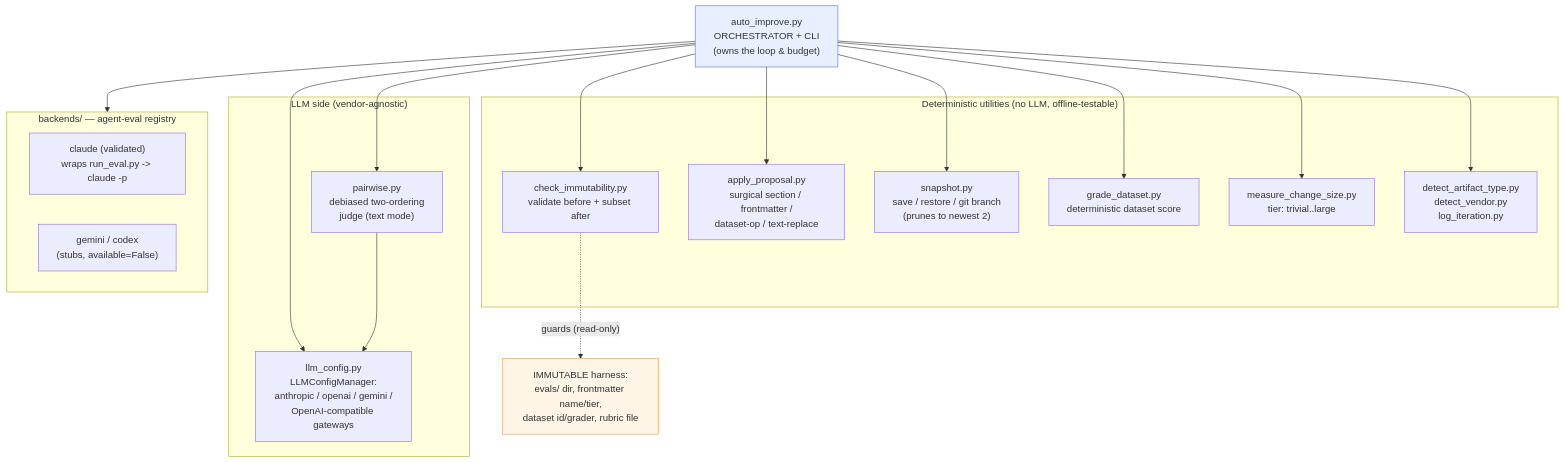
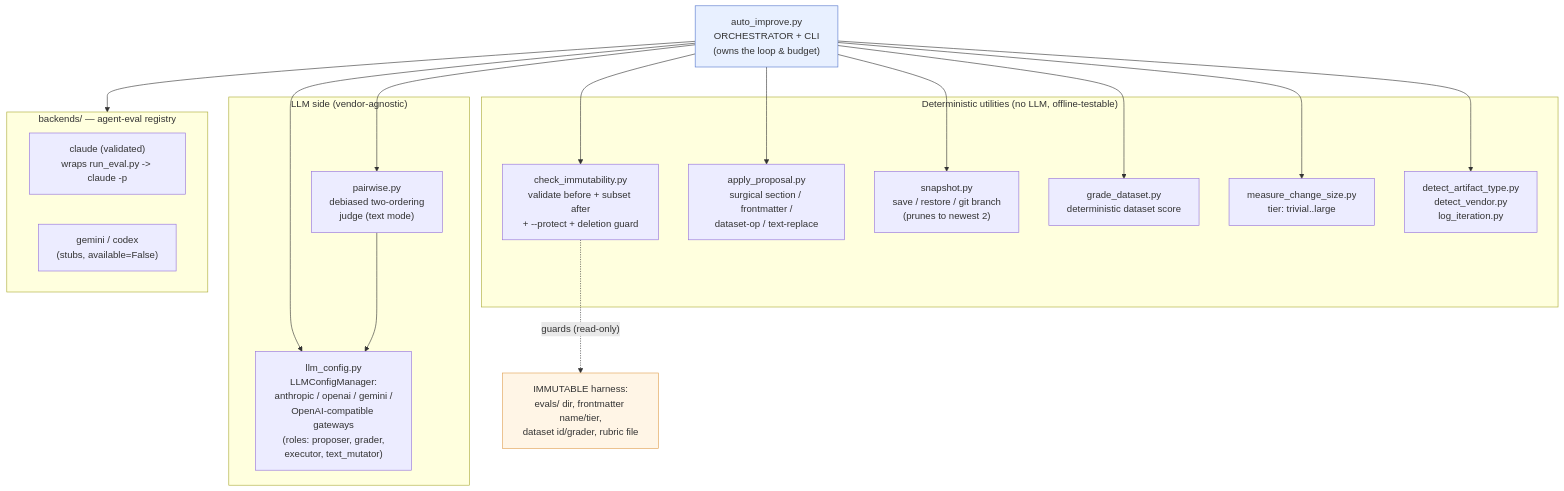
The ninth of 12 diagrams in docs/Manuals/skill-auto-improve_manual.md (MatrixFounder/Universal-skills), drawn with Mermaid before and after one commit. The commit also changed other lines of this file and 33 other files, not shown here.

````diff
--- a/docs/Manuals/skill-auto-improve_manual.md
+++ b/docs/Manuals/skill-auto-improve_manual.md
@@ -972,44 +1152,44 @@
 ```mermaid
 %% The orchestrator coordinates a handful of single-purpose helpers.
 %% Solid arrows = "calls into"; the dashed box = the immutable harness it must NOT touch.
 flowchart TB
     O["auto_improve.py<br/>ORCHESTRATOR + CLI<br/>(owns the loop & budget)"]
 
     subgraph LLM["LLM side (vendor-agnostic)"]
-        CFG["llm_config.py<br/>LLMConfigManager:<br/>anthropic / openai / gemini /<br/>OpenAI-compatible gateways"]
+        CFG["llm_config.py<br/>LLMConfigManager:<br/>anthropic / openai / gemini /<br/>OpenAI-compatible gateways<br/>(roles: proposer, grader,<br/>executor, text_mutator)"]
         PW["pairwise.py<br/>debiased two-ordering<br/>judge (text mode)"]
     end
 
     subgraph DET["Deterministic utilities (no LLM, offline-testable)"]
-        IMM["check_immutability.py<br/>validate before + subset after"]
+        IMM["check_immutability.py<br/>validate before + subset after<br/>+ --protect + deletion guard"]
         APP["apply_proposal.py<br/>surgical section / frontmatter /<br/>dataset-op / text-replace"]
         SNAP["snapshot.py<br/>save / restore / git branch<br/>(prunes to newest 2)"]
         GD["grade_dataset.py<br/>deterministic dataset score"]
         SIZE["measure_change_size.py<br/>tier: trivial..large"]
         DET2["detect_artifact_type.py<br/>detect_vendor.py<br/>log_iteration.py"]
     end
 
     subgraph BK["backends/ — agent-eval registry"]
         CL["claude (validated)<br/>wraps run_eval.py -> claude -p"]
         GS["gemini / codex<br/>(stubs, available=False)"]
     end
 
     HARNESS["IMMUTABLE harness:<br/>evals/ dir, frontmatter name/tier,<br/>dataset id/grader, rubric file"]
 
     O --> CFG
     O --> PW
     O --> IMM
     O --> APP
     O --> SNAP
     O --> GD
     O --> SIZE
     O --> DET2
     O --> BK
     PW --> CFG
     IMM -. "guards (read-only)" .-> HARNESS
 
     classDef orch fill:#e8f0ff,stroke:#5577cc;
     classDef guard fill:#fff5e6,stroke:#e0a050;
     class O orch;
     class HARNESS guard;
 ```
````
